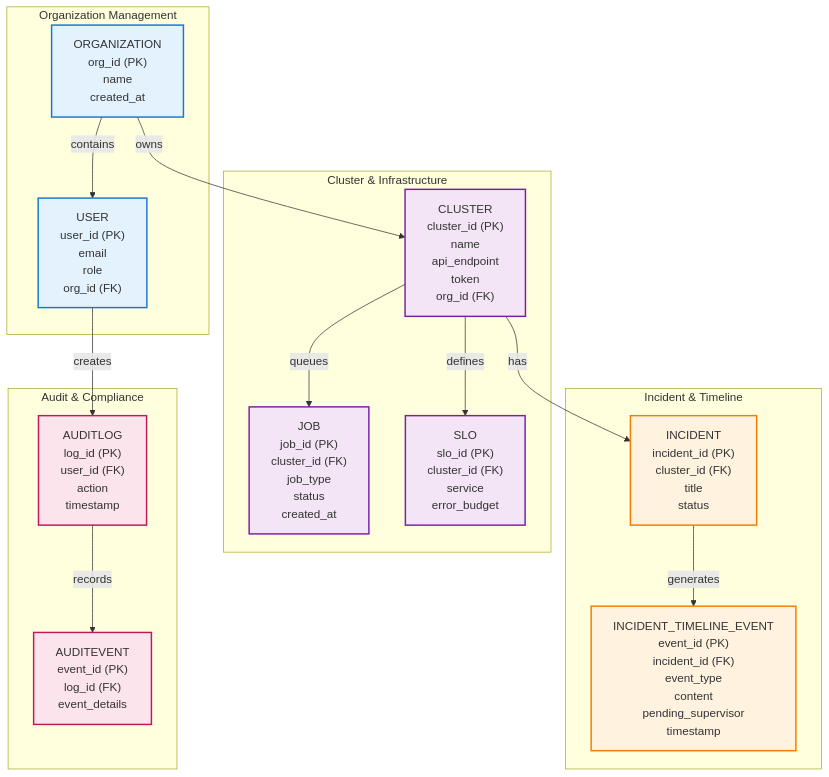
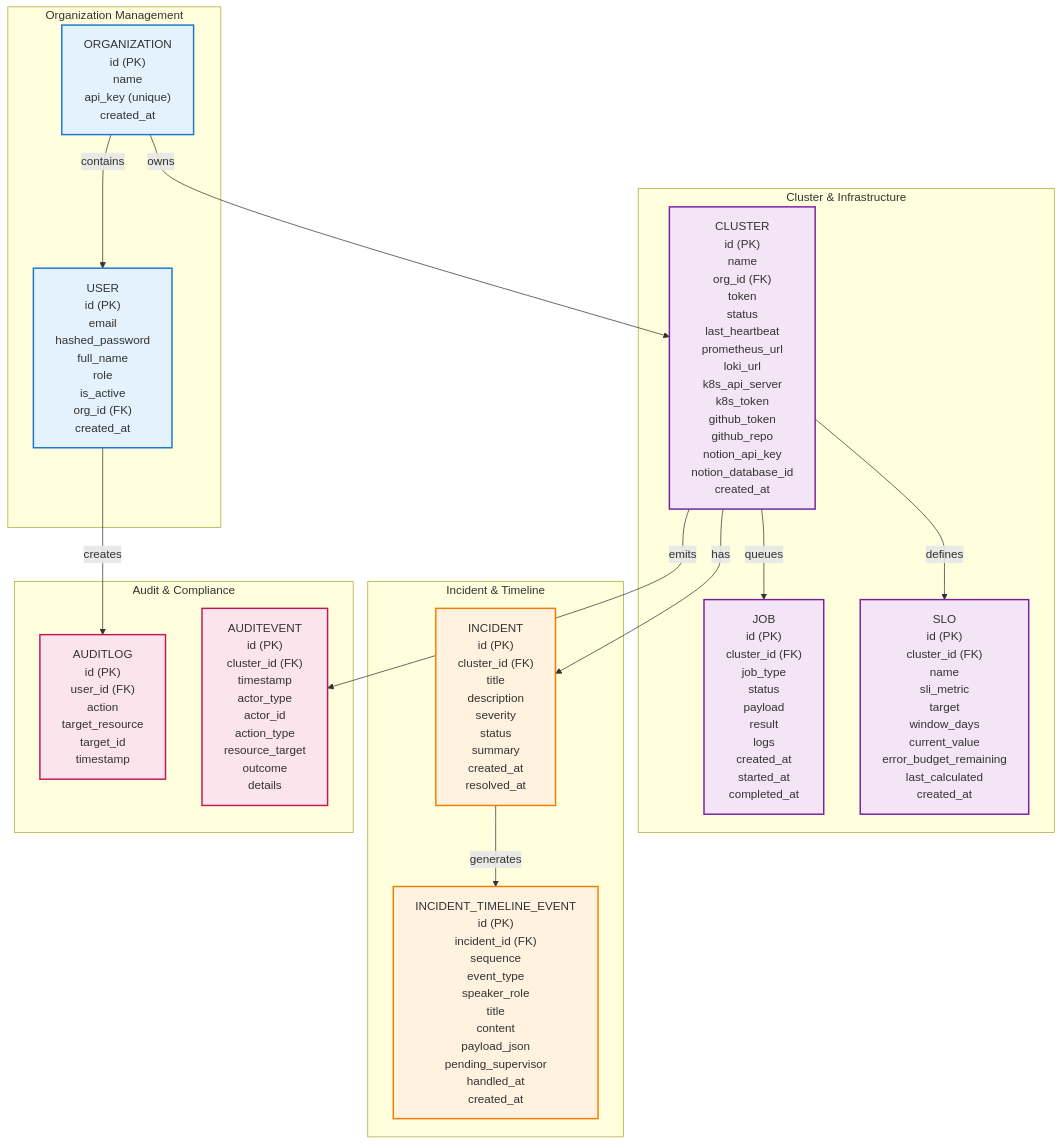
One commit to jayanth922/Sre-automation changed the diagram in docs/architecture/backend-data-model.mmd. Above: the diagram before and after it, drawn with Mermaid. The commit also changed 17 other files, not shown here.

First line of the commit message:
docs: enhance README and architecture diagrams for clarity and new features

```diff
--- a/docs/architecture/backend-data-model.mmd
+++ b/docs/architecture/backend-data-model.mmd
@@ -1,40 +1,40 @@
 graph TB
     subgraph Org["Organization Management"]
-        ORGANIZATION["ORGANIZATION<br/>org_id (PK)<br/>name<br/>created_at"]
-        USER["USER<br/>user_id (PK)<br/>email<br/>role<br/>org_id (FK)"]
+        ORGANIZATION["ORGANIZATION<br/>id (PK)<br/>name<br/>api_key (unique)<br/>created_at"]
+        USER["USER<br/>id (PK)<br/>email<br/>hashed_password<br/>full_name<br/>role<br/>is_active<br/>org_id (FK)<br/>created_at"]
     end
 
     subgraph Cluster["Cluster & Infrastructure"]
-        CLUSTER["CLUSTER<br/>cluster_id (PK)<br/>name<br/>api_endpoint<br/>token<br/>org_id (FK)"]
-        JOB["JOB<br/>job_id (PK)<br/>cluster_id (FK)<br/>job_type<br/>status<br/>created_at"]
-        SLO["SLO<br/>slo_id (PK)<br/>cluster_id (FK)<br/>service<br/>error_budget"]
+        CLUSTER["CLUSTER<br/>id (PK)<br/>name<br/>org_id (FK)<br/>token<br/>status<br/>last_heartbeat<br/>prometheus_url<br/>loki_url<br/>k8s_api_server<br/>k8s_token<br/>github_token<br/>github_repo<br/>notion_api_key<br/>notion_database_id<br/>created_at"]
+        JOB["JOB<br/>id (PK)<br/>cluster_id (FK)<br/>job_type<br/>status<br/>payload<br/>result<br/>logs<br/>created_at<br/>started_at<br/>completed_at"]
+        SLO["SLO<br/>id (PK)<br/>cluster_id (FK)<br/>name<br/>sli_metric<br/>target<br/>window_days<br/>current_value<br/>error_budget_remaining<br/>last_calculated<br/>created_at"]
     end
 
     subgraph Incident["Incident & Timeline"]
-        INCIDENT["INCIDENT<br/>incident_id (PK)<br/>cluster_id (FK)<br/>title<br/>status"]
-        TIMELINE["INCIDENT_TIMELINE_EVENT<br/>event_id (PK)<br/>incident_id (FK)<br/>event_type<br/>content<br/>pending_supervisor<br/>timestamp"]
+        INCIDENT["INCIDENT<br/>id (PK)<br/>cluster_id (FK)<br/>title<br/>description<br/>severity<br/>status<br/>summary<br/>created_at<br/>resolved_at"]
+        TIMELINE["INCIDENT_TIMELINE_EVENT<br/>id (PK)<br/>incident_id (FK)<br/>sequence<br/>event_type<br/>speaker_role<br/>title<br/>content<br/>payload_json<br/>pending_supervisor<br/>handled_at<br/>created_at"]
     end
 
     subgraph Audit["Audit & Compliance"]
-        AUDITLOG["AUDITLOG<br/>log_id (PK)<br/>user_id (FK)<br/>action<br/>timestamp"]
-        AUDITEVENT["AUDITEVENT<br/>event_id (PK)<br/>log_id (FK)<br/>event_details"]
+        AUDITLOG["AUDITLOG<br/>id (PK)<br/>user_id (FK)<br/>action<br/>target_resource<br/>target_id<br/>timestamp"]
+        AUDITEVENT["AUDITEVENT<br/>id (PK)<br/>cluster_id (FK)<br/>timestamp<br/>actor_type<br/>actor_id<br/>action_type<br/>resource_target<br/>outcome<br/>details"]
     end
 
     ORGANIZATION -->|owns| CLUSTER
     ORGANIZATION -->|contains| USER
     USER -->|creates| AUDITLOG
     CLUSTER -->|has| INCIDENT
     CLUSTER -->|queues| JOB
     CLUSTER -->|defines| SLO
+    CLUSTER -->|emits| AUDITEVENT
     INCIDENT -->|generates| TIMELINE
-    AUDITLOG -->|records| AUDITEVENT
 
     style ORGANIZATION fill:#e3f2fd,stroke:#1976d2,stroke-width:2px
     style USER fill:#e3f2fd,stroke:#1976d2,stroke-width:2px
     style CLUSTER fill:#f3e5f5,stroke:#7b1fa2,stroke-width:2px
     style JOB fill:#f3e5f5,stroke:#7b1fa2,stroke-width:2px
     style SLO fill:#f3e5f5,stroke:#7b1fa2,stroke-width:2px
     style INCIDENT fill:#fff3e0,stroke:#f57c00,stroke-width:2px
     style TIMELINE fill:#fff3e0,stroke:#f57c00,stroke-width:2px
     style AUDITLOG fill:#fce4ec,stroke:#c2185b,stroke-width:2px
     style AUDITEVENT fill:#fce4ec,stroke:#c2185b,stroke-width:2px
```
